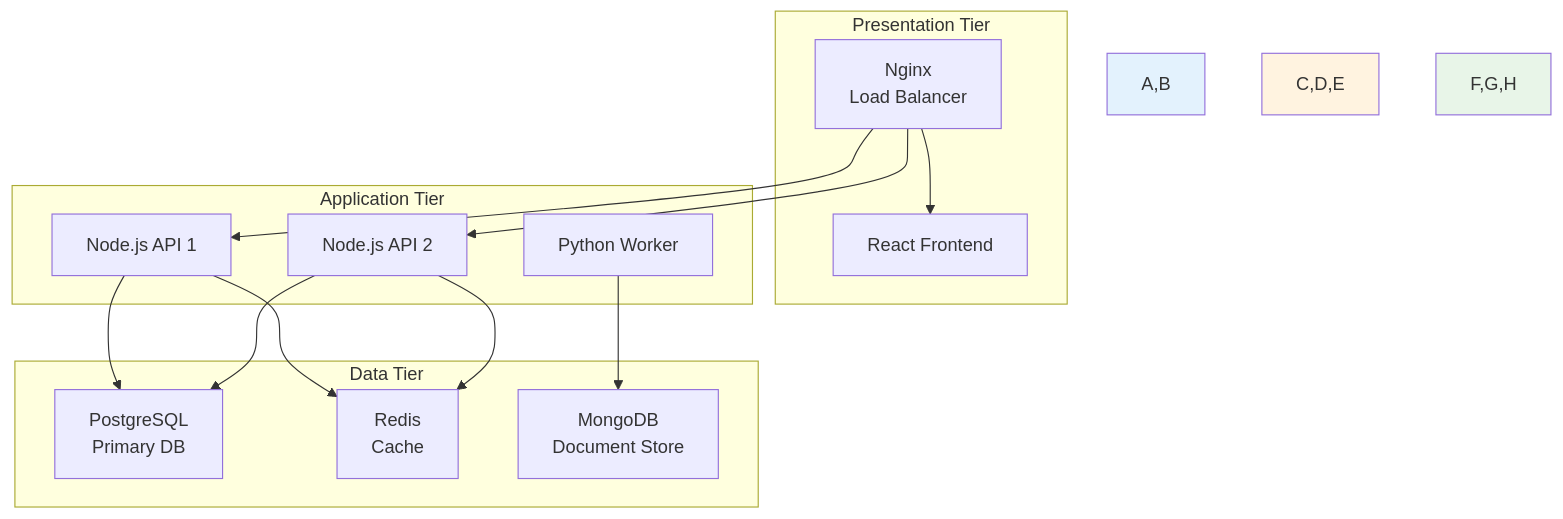
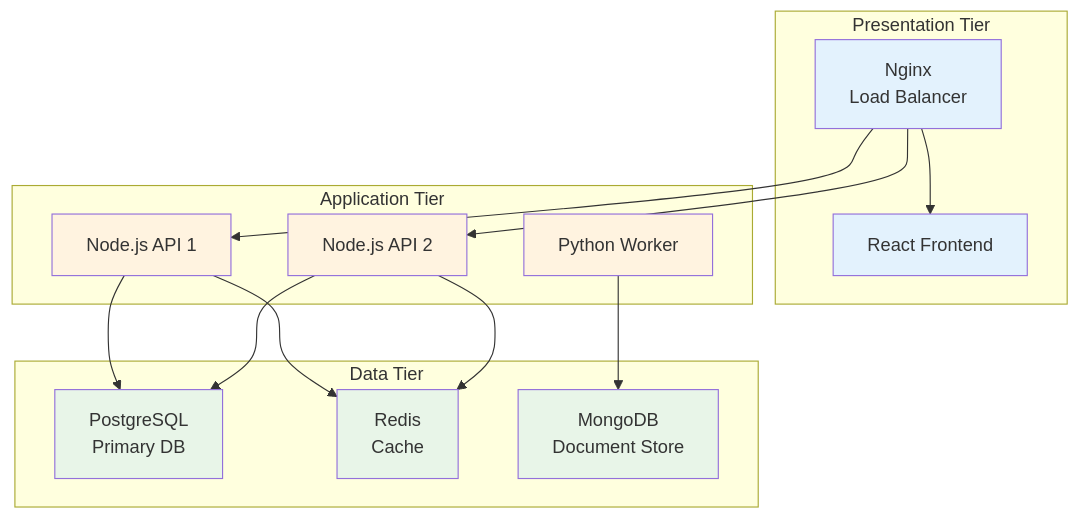
The second of 4 diagrams in theory/week_01/day4/session_2.md (niceguy61/kdt_devops_lecture_2025), drawn with Mermaid before and after one commit. The commit also changed other lines of this file, not shown here.

Commit message:
mermaid style 오류 수정

````diff
--- a/theory/week_01/day4/session_2.md
+++ b/theory/week_01/day4/session_2.md
@@ -68,30 +74,35 @@
 ```mermaid
 graph TB
     subgraph "Presentation Tier"
         A[Nginx<br/>Load Balancer] --> B[React Frontend]
     end
     
     subgraph "Application Tier"
         C[Node.js API 1] 
         D[Node.js API 2]
         E[Python Worker]
     end
     
     subgraph "Data Tier"
         F[PostgreSQL<br/>Primary DB]
         G[Redis<br/>Cache]
         H[MongoDB<br/>Document Store]
     end
     
     A --> C
     A --> D
     C --> F
     C --> G
     D --> F
     D --> G
     E --> H
     
-    style A,B fill:#e3f2fd
-    style C,D,E fill:#fff3e0
-    style F,G,H fill:#e8f5e8
+    style A fill:#e3f2fd
+    style B fill:#e3f2fd
+    style C fill:#fff3e0
+    style D fill:#fff3e0
+    style E fill:#fff3e0
+    style F fill:#e8f5e8
+    style G fill:#e8f5e8
+    style H fill:#e8f5e8
 ```
````
